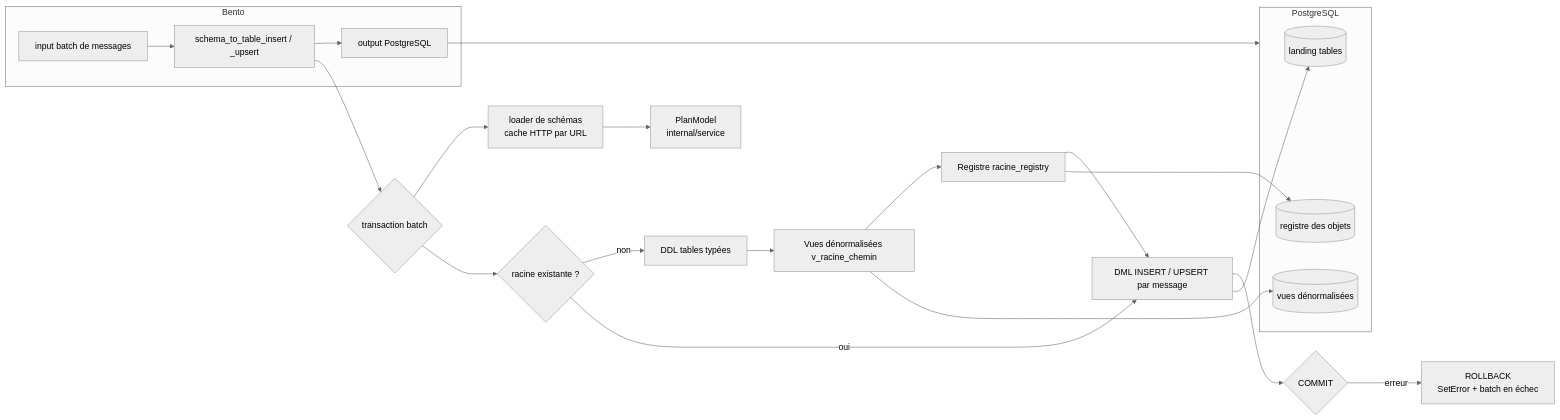
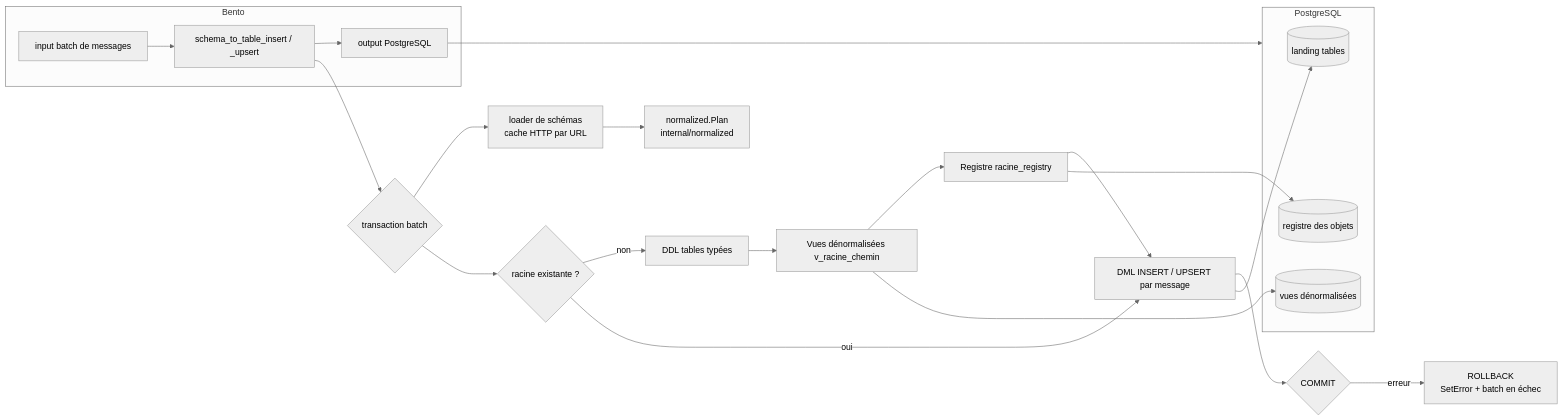
The diagram in PROCESSORS.md (laurentpoirierfr/schema-to-table), drawn with Mermaid (neutral theme) before and after one commit. The commit also changed other lines of this file and 32 other files, not shown here.

First line of the commit message:
Refactor package layout: split internal/service into schema/landing/normalized

````diff
--- a/PROCESSORS.md
+++ b/PROCESSORS.md
@@ -54,29 +86,29 @@
 ```mermaid
 flowchart LR
     subgraph Bento
         IN[input batch de messages] --> P[schema_to_table_insert / _upsert]
         P --> OUT[output PostgreSQL]
     end
 
     P --> M{transaction batch}
     M --> L[loader de schémas<br/>cache HTTP par URL]
-    L --> PL[PlanModel<br/>internal/service]
+    L --> PL[normalized.Plan<br/>internal/normalized]
     M --> DDL{racine existante ?}
     DDL -- non --> D1[DDL tables typées]
     D1 --> D2[Vues dénormalisées v_racine_chemin]
     D2 --> D3[Registre racine_registry]
     DDL -- oui --> DML[DML INSERT / UPSERT par message]
     D3 --> DML
     DML --> C{COMMIT}
     C -- erreur --> RB[ROLLBACK<br/>SetError + batch en échec]
 
     subgraph PG["PostgreSQL"]
         landing[(landing tables)]
         views[(vues dénormalisées)]
         registry[(registre des objets)]
     end
     OUT --> PG
     DML --> landing
     D2 --> views
     D3 --> registry
 ```
````
